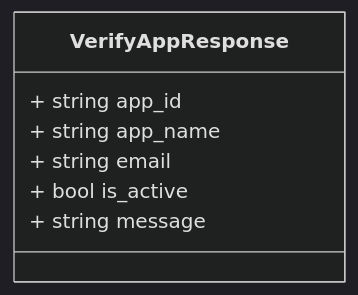
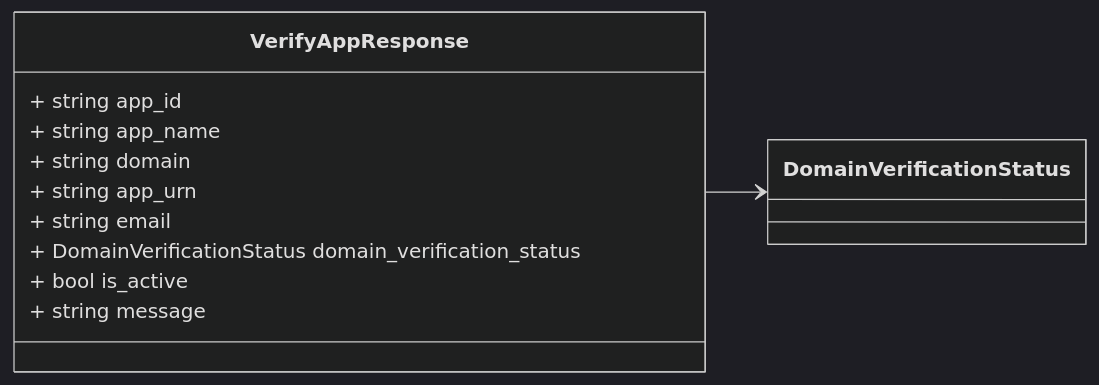
The ninth of 27 diagrams in docs/content/architecture/registration_service.proto.md (retail-cortex/skills), drawn with Mermaid (dark theme) before and after one commit. The commit also changed other lines of this file and 106 other files, not shown here.

````diff
--- a/docs/content/architecture/registration_service.proto.md
+++ b/docs/content/architecture/registration_service.proto.md
@@ -212,15 +501,19 @@
 ```mermaid
 classDiagram
 direction LR
 
 %% VerifyAppResponse contains activation status.
 
 class VerifyAppResponse {
   + string app_id
   + string app_name
+  + string domain
+  + string app_urn
   + string email
+  + DomainVerificationStatus domain_verification_status
   + bool is_active
   + string message
 }
+VerifyAppResponse --> `DomainVerificationStatus`
 
 ```
````
